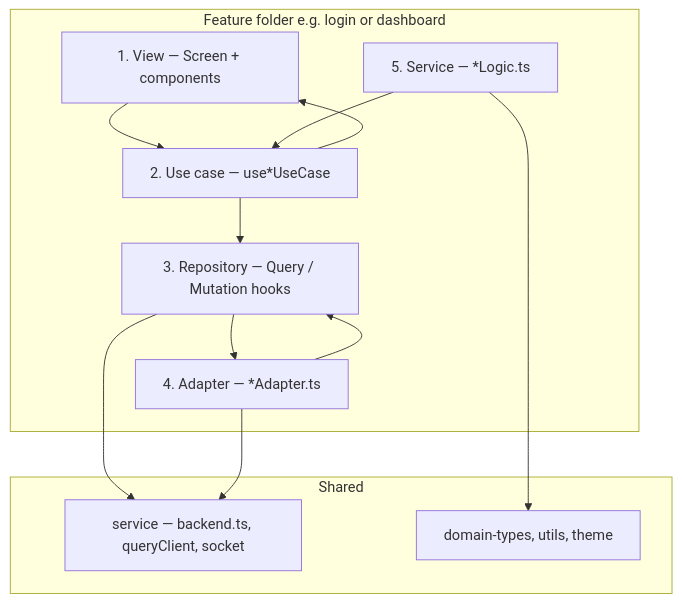
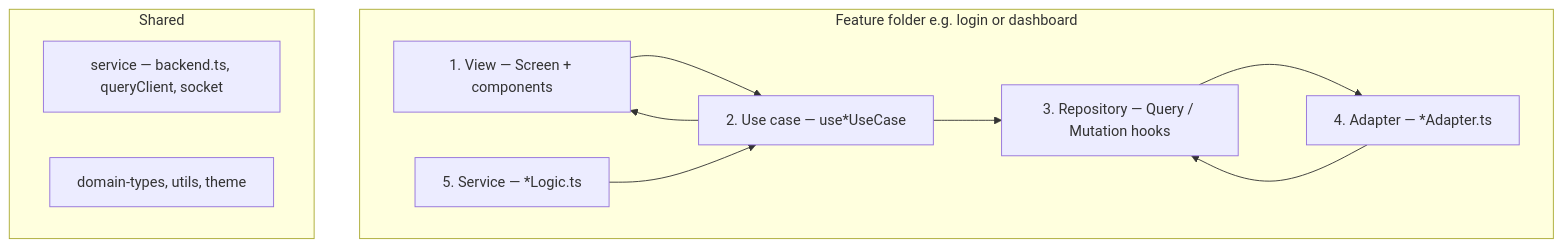
The diagram in wired-frontend/README.md (wizzywit/wired), drawn with Mermaid before and after one commit.

Commit message:
updated README.md for wired-frontend

````diff
--- a/wired-frontend/README.md
+++ b/wired-frontend/README.md
@@ -47,25 +47,22 @@
 ```mermaid
 flowchart TB
   subgraph feature [Feature folder e.g. login or dashboard]
     V[1. View — Screen + components]
     UC[2. Use case — use*UseCase]
     R[3. Repository — Query / Mutation hooks]
     A[4. Adapter — *Adapter.ts]
     S[5. Service — *Logic.ts]
   end
 
   subgraph shared [Shared]
     SVC[service — backend.ts, queryClient, socket]
     DOM[domain-types, utils, theme]
   end
 
   V --> UC
   UC --> V
   UC --> R
   S --> UC
   R --> A
   A --> R
-  R --> SVC
-  A --> SVC
-  S --> DOM
 ```
````
